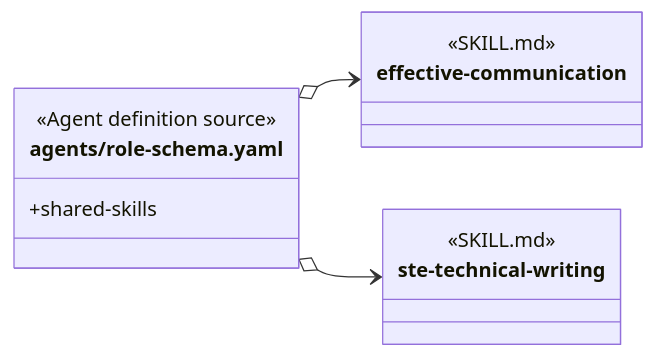
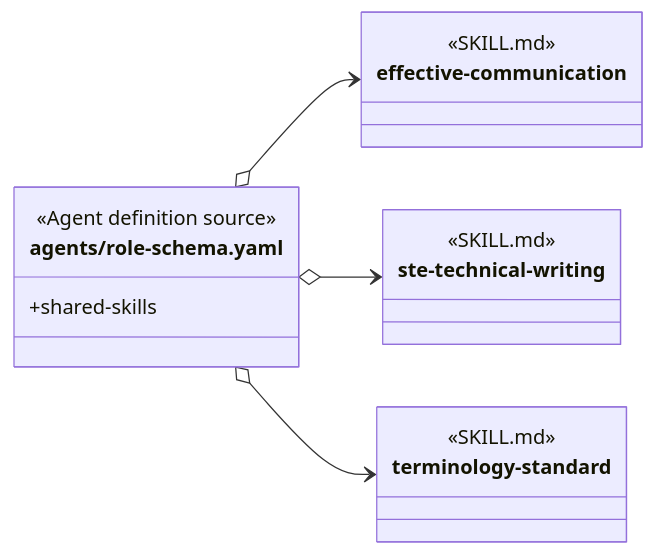
Before and after one commit to martinbechard/dev-methodology: the second of 3 diagrams in design/agents/general-agent-skills.md, drawn with Mermaid. The commit also changed other lines of this file and 144 other files, not shown here.

Commit message:
Apply terminology standard to every agent

````diff
--- a/design/agents/general-agent-skills.md
+++ b/design/agents/general-agent-skills.md
@@ -48,18 +51,22 @@
 ```mermaid
 classDiagram
     direction LR
 
     class RoleSchema["agents/role-schema.yaml"] {
         <<Agent definition source>>
         +shared-skills
     }
     class effective-communication {
         <<SKILL.md>>
     }
     class ste-technical-writing {
         <<SKILL.md>>
     }
+    class terminology-standard {
+        <<SKILL.md>>
+    }
 
     RoleSchema o--> effective-communication
     RoleSchema o--> ste-technical-writing
+    RoleSchema o--> terminology-standard
 ```
````
